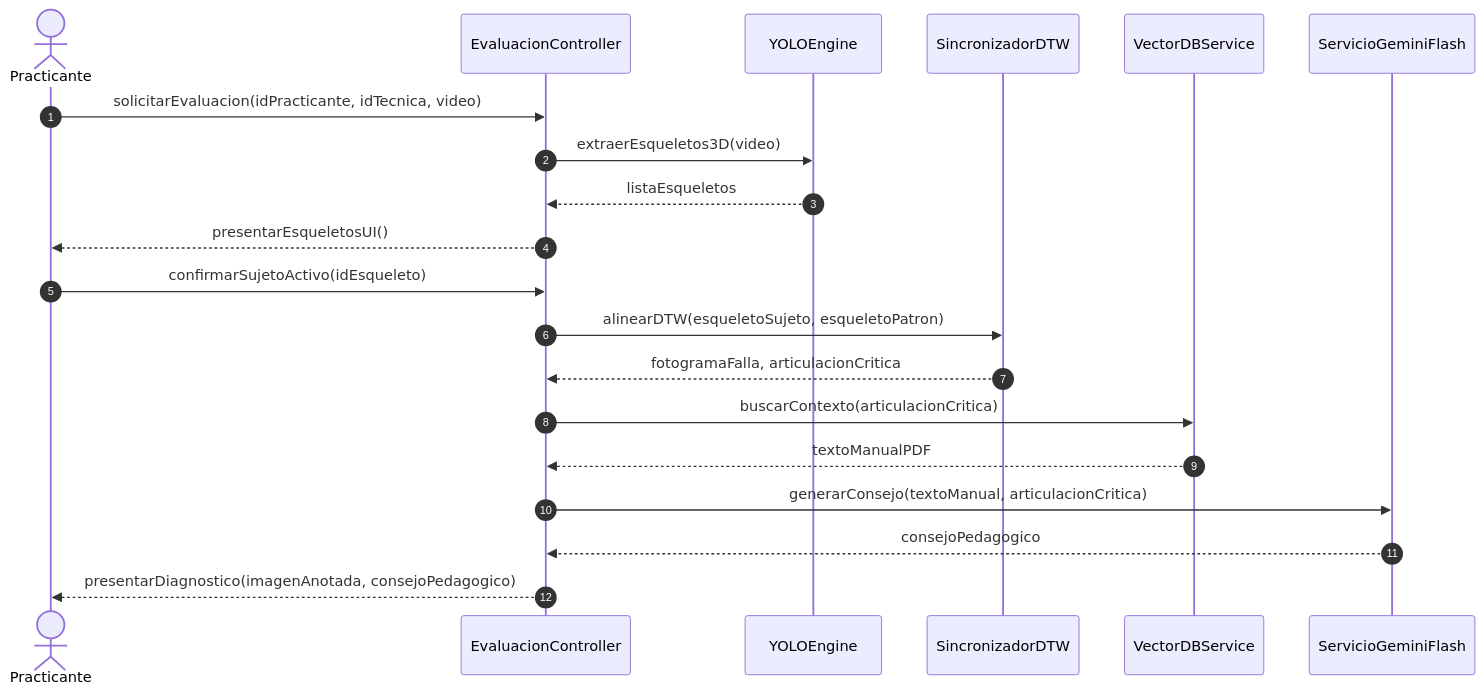
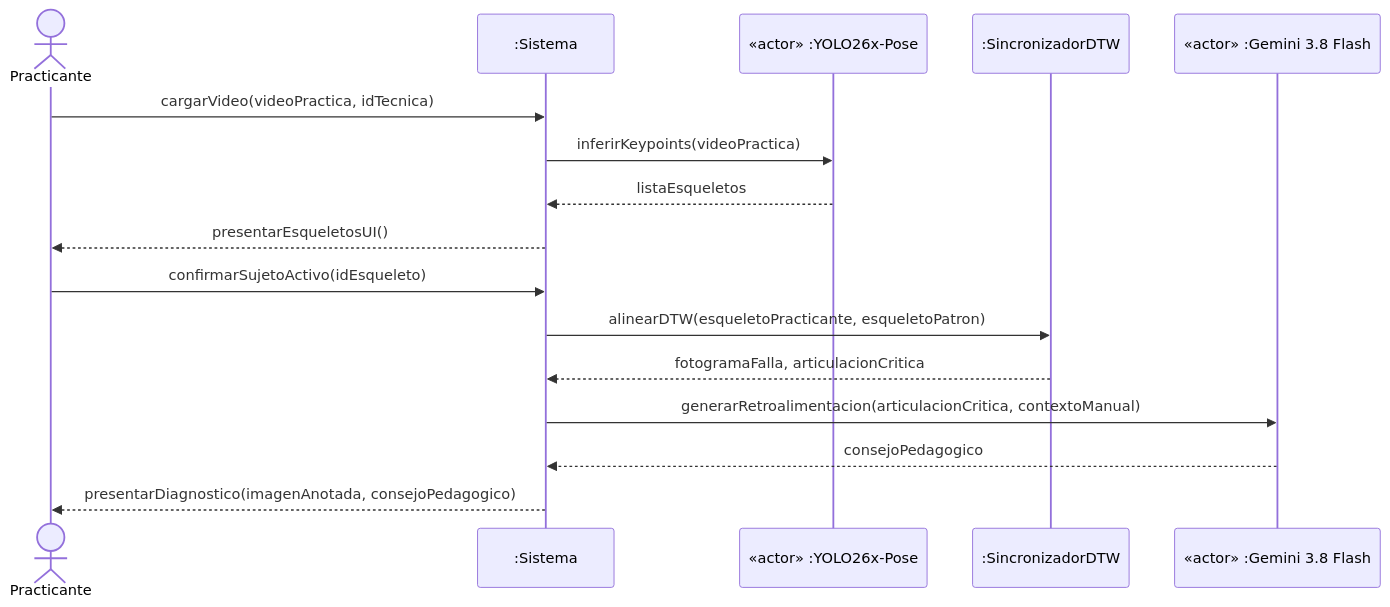
One commit to Tsmrain/JiuJitsu changed the eighth of 11 diagrams in README.md. Above: the diagram before and after it, drawn with Mermaid. The commit also changed other lines of this file, not shown here.

````diff
--- a/README.md
+++ b/README.md
@@ -608,23 +841,19 @@
 ```mermaid
 sequenceDiagram
-    autonumber
-    actor P as Practicante
-    participant C as EvaluacionController
-    participant Y as YOLOEngine
-    participant D as SincronizadorDTW
-    participant V as VectorDBService
-    participant G as ServicioGeminiFlash
+    actor Practicante
+    participant Sistema as :Sistema
+    participant YOLO as «actor» :YOLO26x-Pose
+    participant DTW as :SincronizadorDTW
+    participant GEM as «actor» :Gemini 3.8 Flash
 
-    P->>C: solicitarEvaluacion(idPracticante, idTecnica, video)
-    C->>Y: extraerEsqueletos3D(video)
-    Y-->>C: listaEsqueletos
-    C-->>P: presentarEsqueletosUI()
-    P->>C: confirmarSujetoActivo(idEsqueleto)
-    C->>D: alinearDTW(esqueletoSujeto, esqueletoPatron)
-    D-->>C: fotogramaFalla, articulacionCritica
-    C->>V: buscarContexto(articulacionCritica)
-    V-->>C: textoManualPDF
-    C->>G: generarConsejo(textoManual, articulacionCritica)
-    G-->>C: consejoPedagogico
-    C-->>P: presentarDiagnostico(imagenAnotada, consejoPedagogico)
+    Practicante->>Sistema: cargarVideo(videoPractica, idTecnica)
+    Sistema->>YOLO: inferirKeypoints(videoPractica)
+    YOLO-->>Sistema: listaEsqueletos
+    Sistema-->>Practicante: presentarEsqueletosUI()
+    Practicante->>Sistema: confirmarSujetoActivo(idEsqueleto)
+    Sistema->>DTW: alinearDTW(esqueletoPracticante, esqueletoPatron)
+    DTW-->>Sistema: fotogramaFalla, articulacionCritica
+    Sistema->>GEM: generarRetroalimentacion(articulacionCritica, contextoManual)
+    GEM-->>Sistema: consejoPedagogico
+    Sistema-->>Practicante: presentarDiagnostico(imagenAnotada, consejoPedagogico)
 ```
````
